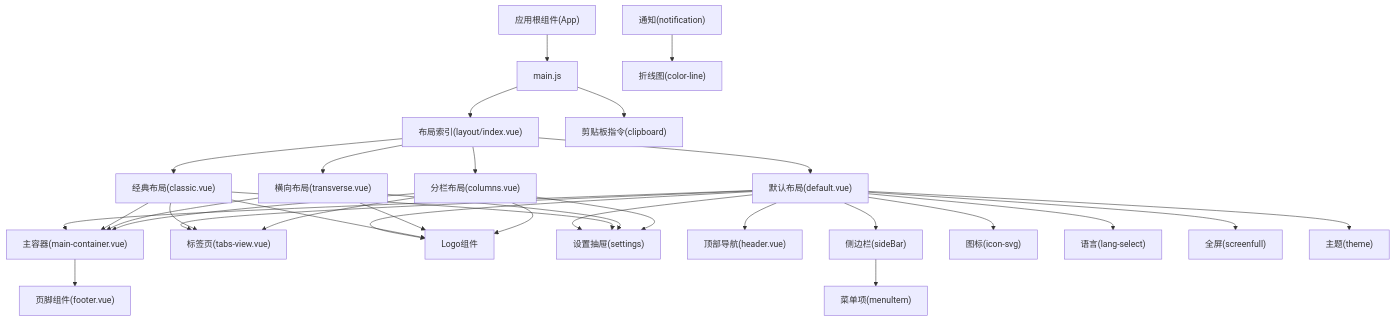
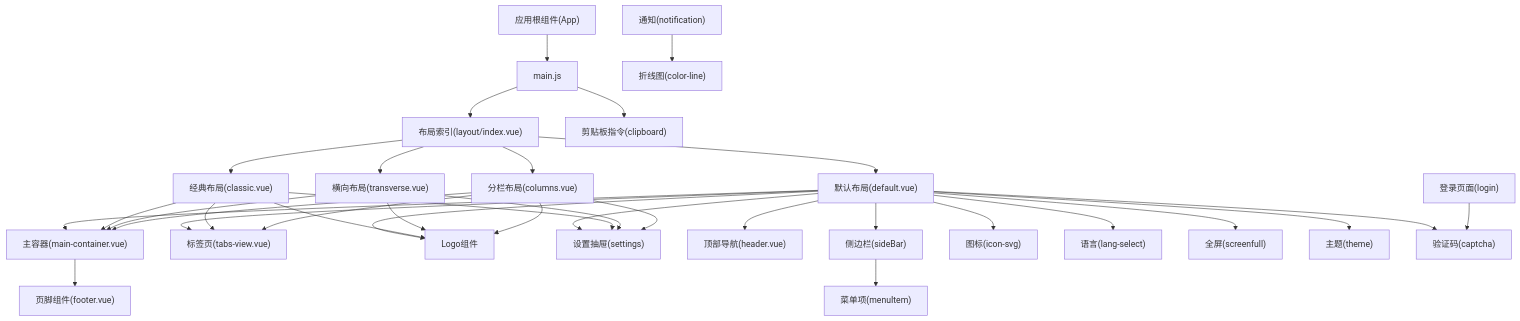
The second of 8 diagrams in .qoder/repowiki/zh/content/组件系统/组件系统.md (Neveryu/vue-cms), drawn with Mermaid before and after one commit. The commit also changed other lines of this file and 25 other files, not shown here.

````diff
--- a/.qoder/repowiki/zh/content/组件系统/组件系统.md
+++ b/.qoder/repowiki/zh/content/组件系统/组件系统.md
@@ -180,56 +188,60 @@
 ```mermaid
 graph TB
 APP["应用根组件(App)"]
 MAIN["main.js"]
 LAYOUT_INDEX["布局索引(layout/index.vue)"]
 DEFAULT_LAYOUT["默认布局(default.vue)"]
 CLASSIC_LAYOUT["经典布局(classic.vue)"]
 TRANSVERSE_LAYOUT["横向布局(transverse.vue)"]
 COLUMNS_LAYOUT["分栏布局(columns.vue)"]
 MAIN_CONTAINER["主容器(main-container.vue)"]
 FOOTER["页脚组件(footer.vue)"]
 TABSVIEW["标签页(tabs-view.vue)"]
 LOGO["Logo组件"]
 SETTINGS["设置抽屉(settings)"]
 HEADER["顶部导航(header.vue)"]
 SIDEBAR["侧边栏(sideBar)"]
 MENU["菜单项(menuItem)"]
 ICON["图标(icon-svg)"]
 LANG["语言(lang-select)"]
 SCREEN["全屏(screenfull)"]
 THEME["主题(theme)"]
 NOTI["通知(notification)"]
 COLORLINE["折线图(color-line)"]
+CAPTCHA["验证码(captcha)"]
 CLIPBOARD["剪贴板指令(clipboard)"]
+LOGIN["登录页面(login)"]
 APP --> MAIN
 MAIN --> LAYOUT_INDEX
 LAYOUT_INDEX --> DEFAULT_LAYOUT
 LAYOUT_INDEX --> CLASSIC_LAYOUT
 LAYOUT_INDEX --> TRANSVERSE_LAYOUT
 LAYOUT_INDEX --> COLUMNS_LAYOUT
 DEFAULT_LAYOUT --> MAIN_CONTAINER
 CLASSIC_LAYOUT --> MAIN_CONTAINER
 TRANSVERSE_LAYOUT --> MAIN_CONTAINER
 COLUMNS_LAYOUT --> MAIN_CONTAINER
 MAIN_CONTAINER --> FOOTER
 DEFAULT_LAYOUT --> TABSVIEW
 CLASSIC_LAYOUT --> TABSVIEW
 COLUMNS_LAYOUT --> TABSVIEW
 DEFAULT_LAYOUT --> LOGO
 CLASSIC_LAYOUT --> LOGO
 TRANSVERSE_LAYOUT --> LOGO
 COLUMNS_LAYOUT --> LOGO
 DEFAULT_LAYOUT --> SETTINGS
 CLASSIC_LAYOUT --> SETTINGS
 TRANSVERSE_LAYOUT --> SETTINGS
 COLUMNS_LAYOUT --> SETTINGS
 DEFAULT_LAYOUT --> HEADER
 DEFAULT_LAYOUT --> SIDEBAR
 SIDEBAR --> MENU
 DEFAULT_LAYOUT --> ICON
 DEFAULT_LAYOUT --> LANG
 DEFAULT_LAYOUT --> SCREEN
 DEFAULT_LAYOUT --> THEME
+DEFAULT_LAYOUT --> CAPTCHA
 NOTI --> COLORLINE
 MAIN --> CLIPBOARD
+LOGIN --> CAPTCHA
 ```
````
